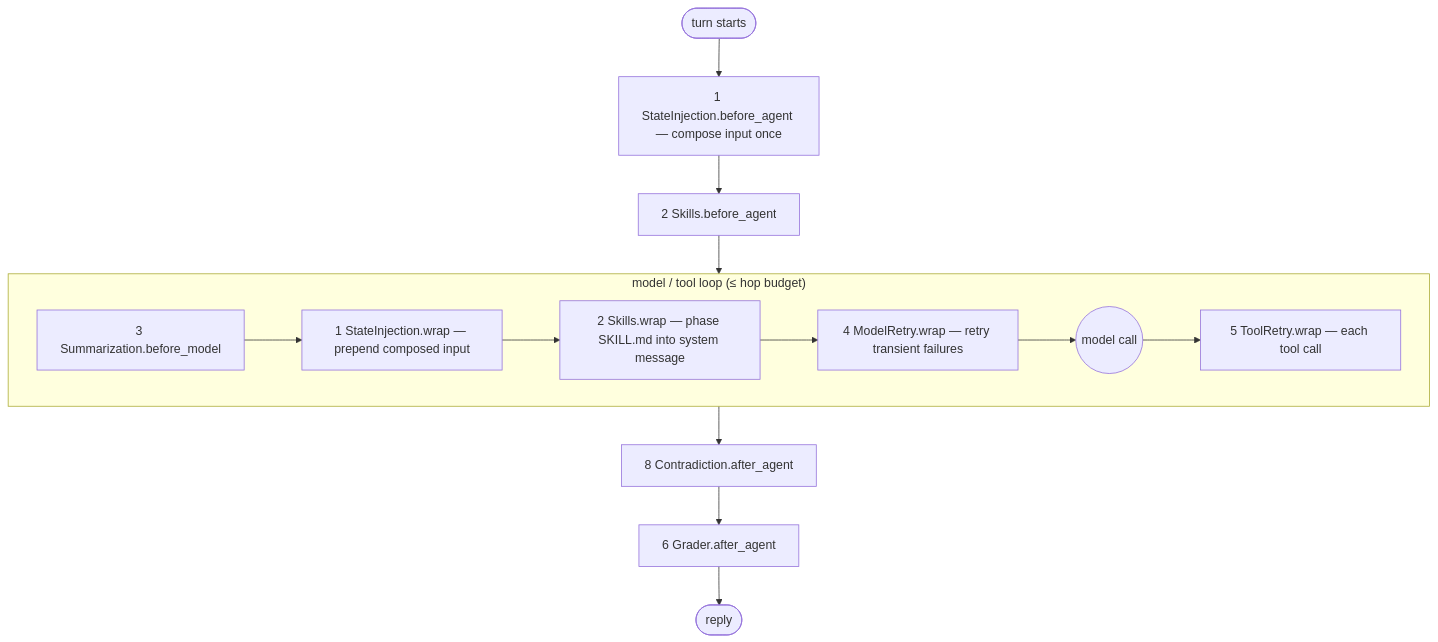
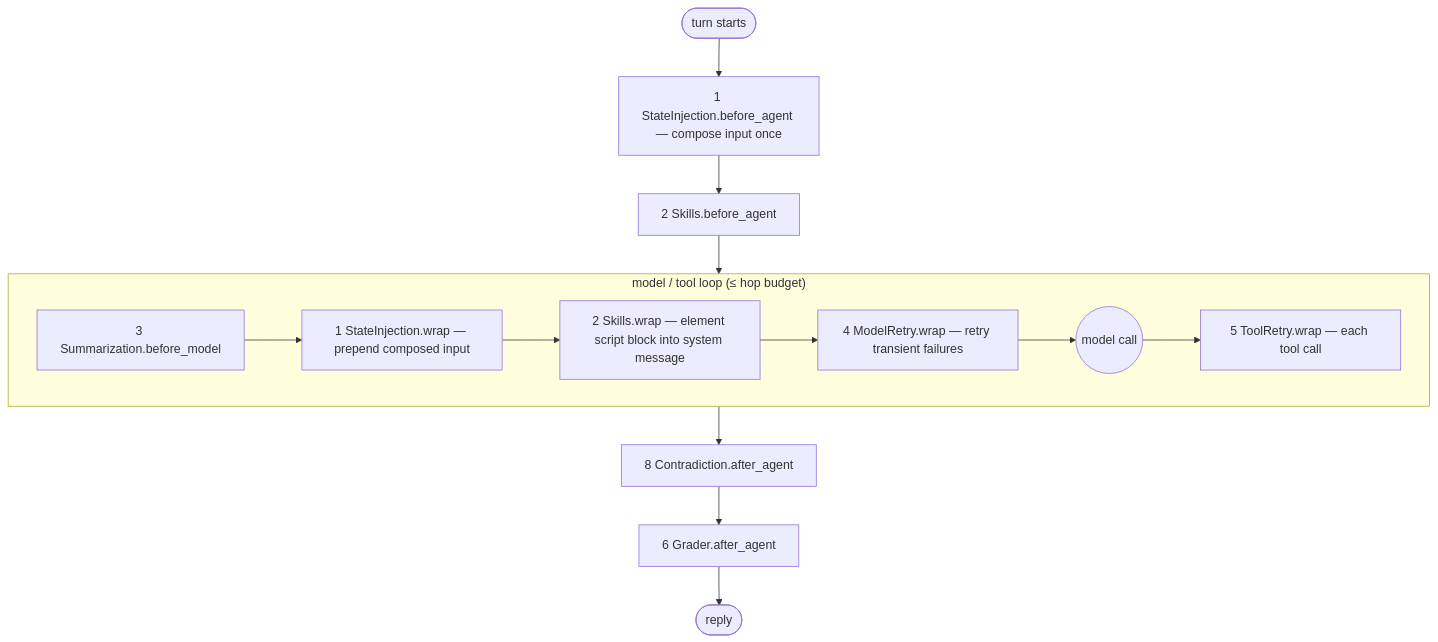
The ninth of 9 diagrams in agent-improve/ARCHITECTURE.md (vpangalis/agentlean), drawn with Mermaid before and after one commit. The commit also changed other lines of this file and 17 other files, not shown here.

````diff
--- a/agent-improve/ARCHITECTURE.md
+++ b/agent-improve/ARCHITECTURE.md
@@ -402,16 +402,16 @@
 ```mermaid
 flowchart TB
   in(["turn starts"]) --> b1["1 StateInjection.before_agent — compose input once"]
   b1 --> b2["2 Skills.before_agent"]
   b2 --> loop
   subgraph loop["model / tool loop (≤ hop budget)"]
     s3["3 Summarization.before_model"] --> w1["1 StateInjection.wrap — prepend composed input"]
-    w1 --> w2["2 Skills.wrap — phase SKILL.md into system message"]
+    w1 --> w2["2 Skills.wrap — element script block into system message"]
     w2 --> w4["4 ModelRetry.wrap — retry transient failures"]
     w4 --> m(("model call"))
     m --> t5["5 ToolRetry.wrap — each tool call"]
   end
   loop --> a8["8 Contradiction.after_agent"]
   a8 --> a6["6 Grader.after_agent"]
   a6 --> out(["reply"])
 ```
````
